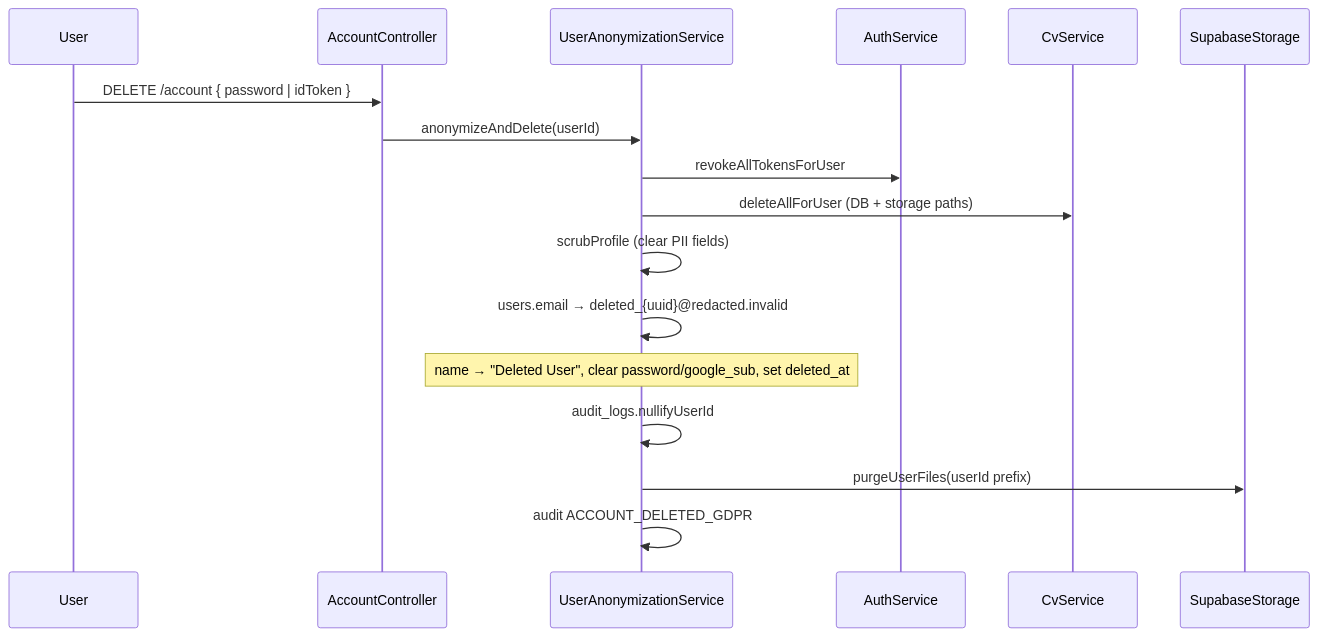
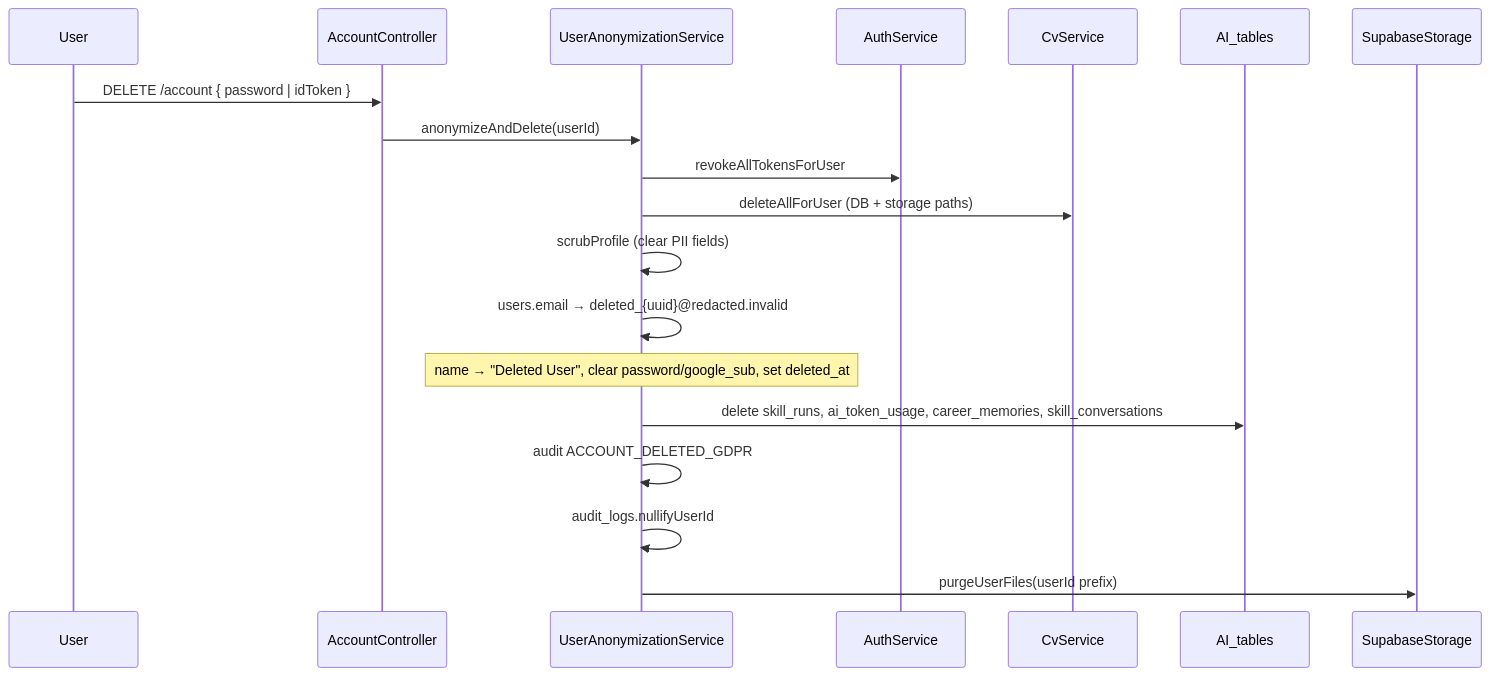
One commit to yugandharreddybana/NewCareers changed the third of 3 diagrams in pagesflow/shared/gdpr-data-storage.md. Above: the diagram before and after it, drawn with Mermaid. The commit also changed other lines of this file and 31 other files, not shown here.

First line of the commit message:
fix(backend): skill service reliability, token limits, and GDPR erasure

````diff
--- a/pagesflow/shared/gdpr-data-storage.md
+++ b/pagesflow/shared/gdpr-data-storage.md
@@ -251,20 +252,22 @@
 ```mermaid
 sequenceDiagram
     participant User
     participant Account as AccountController
     participant Anon as UserAnonymizationService
     participant Auth as AuthService
     participant CV as CvService
+    participant AI as AI_tables
     participant Store as SupabaseStorage
 
     User->>Account: DELETE /account { password | idToken }
     Account->>Anon: anonymizeAndDelete(userId)
     Anon->>Auth: revokeAllTokensForUser
     Anon->>CV: deleteAllForUser (DB + storage paths)
     Anon->>Anon: scrubProfile (clear PII fields)
     Anon->>Anon: users.email → deleted_{uuid}@redacted.invalid
     Note over Anon: name → "Deleted User", clear password/google_sub, set deleted_at
+    Anon->>AI: delete skill_runs, ai_token_usage, career_memories, skill_conversations
+    Anon->>Anon: audit ACCOUNT_DELETED_GDPR
     Anon->>Anon: audit_logs.nullifyUserId
     Anon->>Store: purgeUserFiles(userId prefix)
-    Anon->>Anon: audit ACCOUNT_DELETED_GDPR
 ```
````
